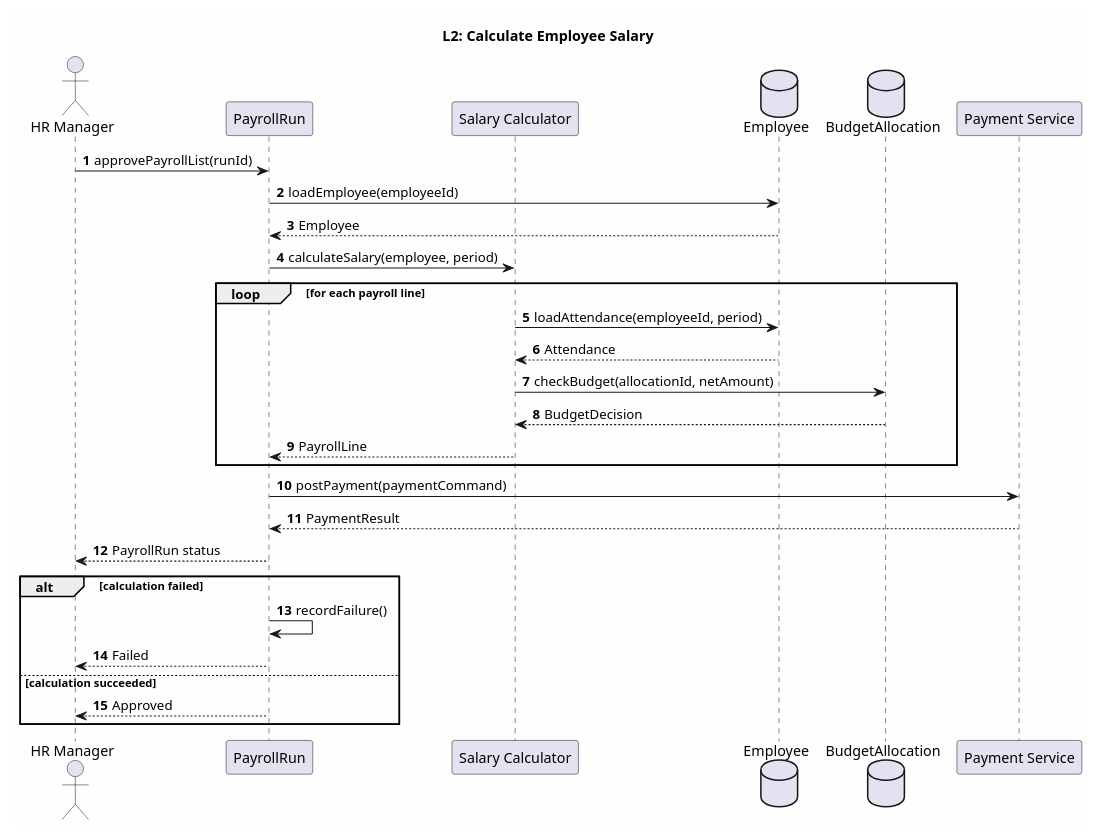
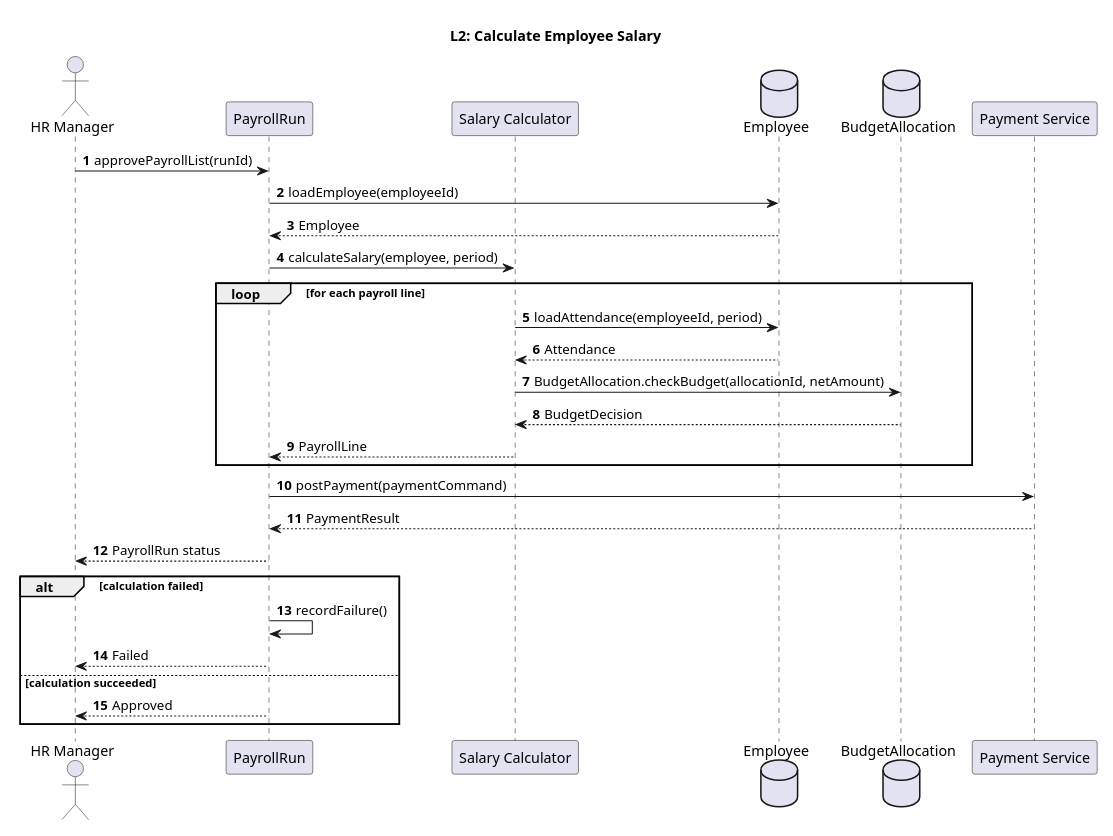
One commit to Shakour-Data/BedaanWaves changed the second of 6 diagrams in docs/02_architecture/ARCH_integrated-hr-finance-procurement-uml-sequence-communication_v1.md. Above: the diagram before and after it, drawn with PlantUML. The commit also changed other lines of this file and 18 other files, not shown here.

Commit message:
Update middleware, API routes, gateway, tracing, rate limiter, main, and architecture diagrams

````diff
--- a/docs/02_architecture/ARCH_integrated-hr-finance-procurement-uml-sequence-communication_v1.md
+++ b/docs/02_architecture/ARCH_integrated-hr-finance-procurement-uml-sequence-communication_v1.md
@@ -50,38 +50,38 @@
 ```plantuml
 @startuml ARCH-L2-Sequence-Payroll
 skinparam backgroundColor #FEFEFE
 autonumber
 
 title L2: Calculate Employee Salary
 
 actor "HR Manager" as HRM
 participant "PayrollRun" as RUN
 participant "Salary Calculator" as CALC
 database "Employee" as EMP
 database "BudgetAllocation" as BUD
 participant "Payment Service" as PAY
 
 HRM -> RUN : approvePayrollList(runId)
 RUN -> EMP : loadEmployee(employeeId)
 EMP --> RUN : Employee
 RUN -> CALC : calculateSalary(employee, period)
 loop for each payroll line
   CALC -> EMP : loadAttendance(employeeId, period)
   EMP --> CALC : Attendance
-  CALC -> BUD : checkBudget(allocationId, netAmount)
+  CALC -> BUD : BudgetAllocation.checkBudget(allocationId, netAmount)
   BUD --> CALC : BudgetDecision
   CALC --> RUN : PayrollLine
 end
 RUN -> PAY : postPayment(paymentCommand)
 PAY --> RUN : PaymentResult
 RUN --> HRM : PayrollRun status
 
 alt calculation failed
   RUN -> RUN : recordFailure()
   RUN --> HRM : Failed
 else calculation succeeded
   RUN --> HRM : Approved
 end
 
 @enduml
 ```
````
